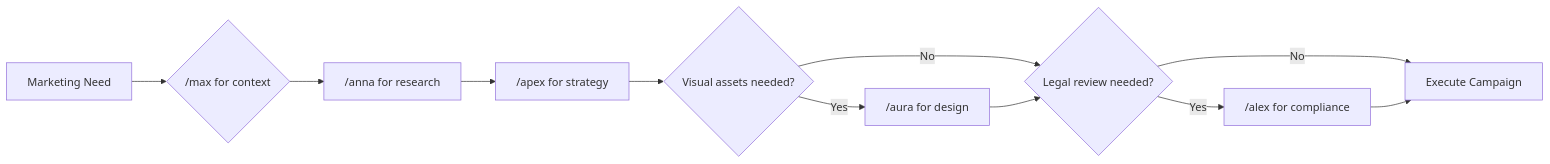
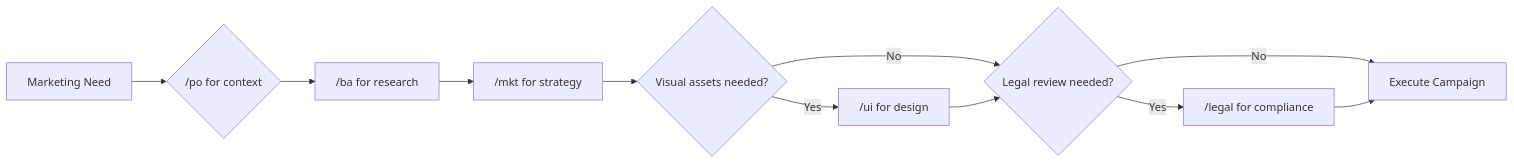
One commit to olehsvyrydov/AI-development-team changed the second of 2 diagrams in claude/skills/marketing/apex/SKILL.md. Above: the diagram before and after it, drawn with Mermaid. The commit also changed other lines of this file and 13 other files, not shown here.

````diff
--- a/claude/skills/marketing/apex/SKILL.md
+++ b/claude/skills/marketing/apex/SKILL.md
@@ -992,13 +1036,13 @@
 ```mermaid
 graph LR
-    A[Marketing Need] --> B{"/max for context"}
-    B --> C["/anna for research"]
-    C --> D["/apex for strategy"]
+    A[Marketing Need] --> B{"/po for context"}
+    B --> C["/ba for research"]
+    C --> D["/mkt for strategy"]
     D --> E{Visual assets needed?}
-    E -->|Yes| F["/aura for design"]
+    E -->|Yes| F["/ui for design"]
     E -->|No| G{Legal review needed?}
     F --> G
-    G -->|Yes| H["/alex for compliance"]
+    G -->|Yes| H["/legal for compliance"]
     G -->|No| I[Execute Campaign]
     H --> I
 ```
````
